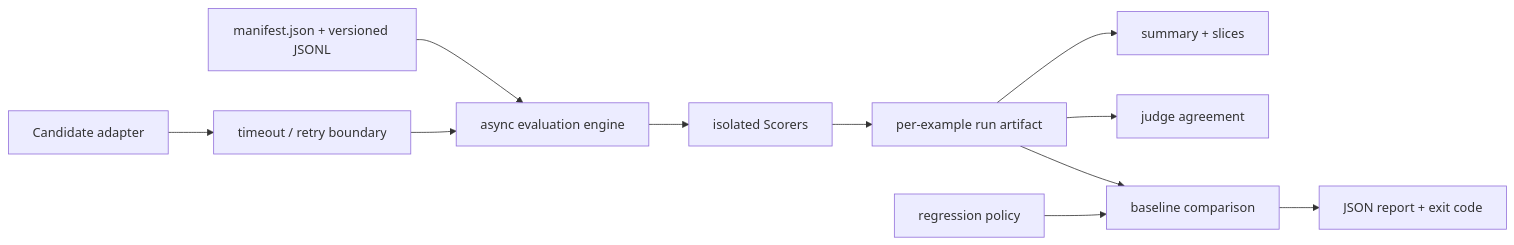
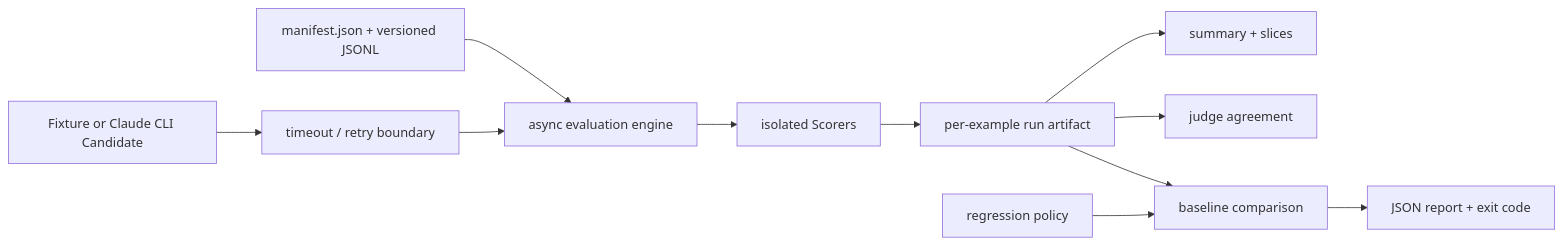
The diagram in README.md (alwin-jacob/llm-eval-reliability), drawn with Mermaid before and after one commit. The commit also changed other lines of this file and 9 other files, not shown here.

Commit message:
Add real Claude CLI model adapter

````diff
--- a/README.md
+++ b/README.md
@@ -75,13 +103,13 @@
 ```mermaid
 flowchart LR
     D["manifest.json + versioned JSONL"] --> E["async evaluation engine"]
-    C["Candidate adapter"] --> R["timeout / retry boundary"]
+    C["Fixture or Claude CLI Candidate"] --> R["timeout / retry boundary"]
     R --> E
     E --> S["isolated Scorers"]
     S --> A["per-example run artifact"]
     A --> N["summary + slices"]
     A --> J["judge agreement"]
     A --> G["baseline comparison"]
     P["regression policy"] --> G
     G --> X["JSON report + exit code"]
 ```
````
